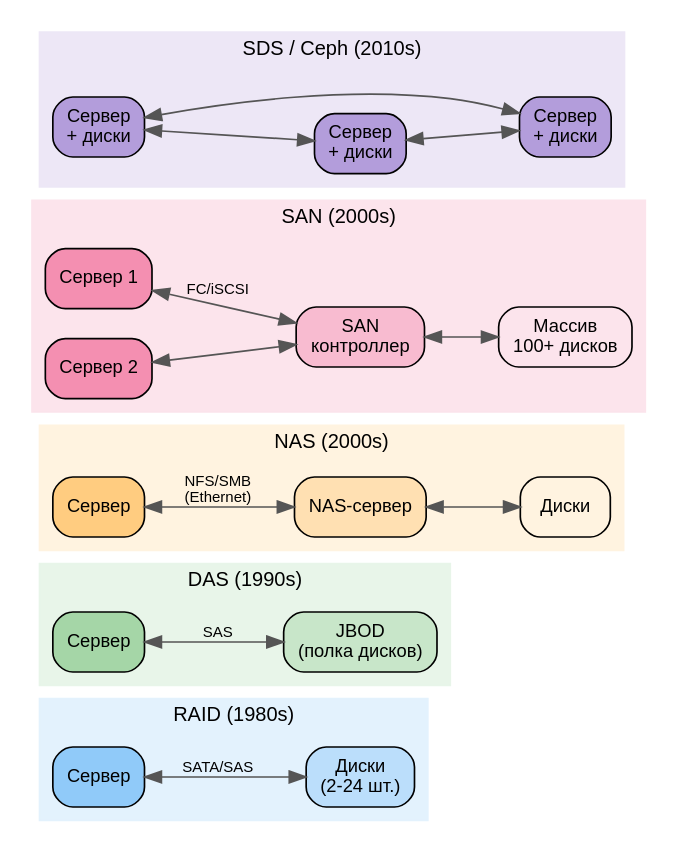
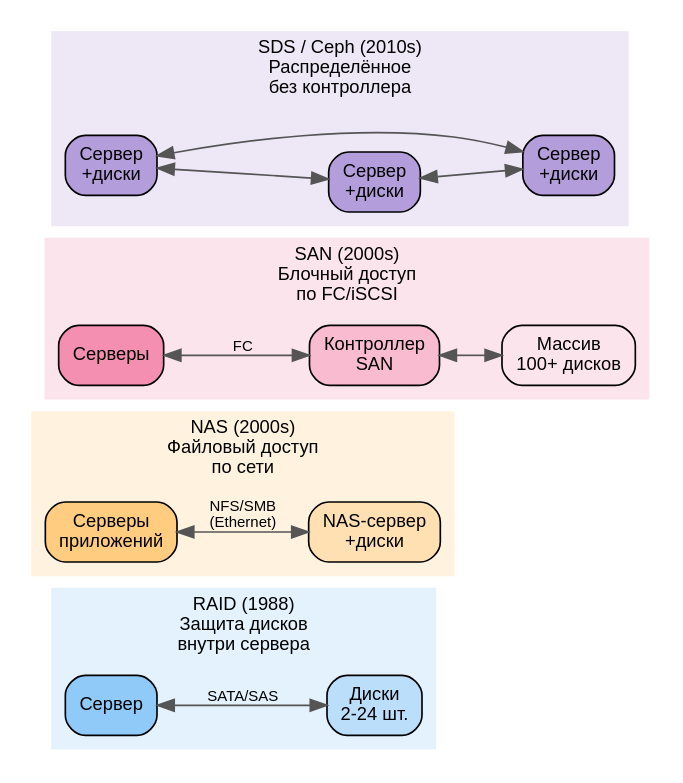
One commit to dedvmedved-dot/ceph-textbook changed the first of 3 diagrams in part-I.md. Above: the diagram before and after it, drawn with Graphviz. The commit also changed other lines of this file, not shown here.

````diff
--- a/part-I.md
+++ b/part-I.md
@@ -130,62 +174,49 @@
 ```dot
 digraph {
     bgcolor=white
     rankdir=LR
     node [fontname="Arial", fontsize=11, fontcolor=black, shape=box, style="filled,rounded"]
     edge [fontname="Arial", fontsize=9, fontcolor=black, color="#555555"]
 
     subgraph cluster_raid {
-        label="RAID (1980s)"
-        fontname="Arial" fontsize=12 fontcolor=black
+        label="RAID (1988)\nЗащита дисков\nвнутри сервера"
+        fontname="Arial" fontsize=11 fontcolor=black
         color="#E3F2FD" style="filled"
         srv [label="Сервер" fillcolor="#90CAF9"]
-        disks [label="Диски\n(2-24 шт.)" fillcolor="#BBDEFB"]
+        disks [label="Диски\n2-24 шт." fillcolor="#BBDEFB"]
         srv -> disks [label="SATA/SAS" dir=both]
     }
 
-    subgraph cluster_das {
-        label="DAS (1990s)"
-        fontname="Arial" fontsize=12 fontcolor=black
-        color="#E8F5E9" style="filled"
-        srv2 [label="Сервер" fillcolor="#A5D6A7"]
-        enclosure [label="JBOD\n(полка дисков)" fillcolor="#C8E6C9"]
-        srv2 -> enclosure [label="SAS" dir=both]
-    }
-
     subgraph cluster_nas {
-        label="NAS (2000s)"
-        fontname="Arial" fontsize=12 fontcolor=black
+        label="NAS (2000s)\nФайловый доступ\nпо сети"
+        fontname="Arial" fontsize=11 fontcolor=black
         color="#FFF3E0" style="filled"
-        srv3 [label="Сервер" fillcolor="#FFCC80"]
-        nas [label="NAS-сервер" fillcolor="#FFE0B2"]
-        nasdisks [label="Диски" fillcolor="#FFF3E0"]
+        srv3 [label="Серверы\nприложений" fillcolor="#FFCC80"]
+        nas [label="NAS-сервер\n+диски" fillcolor="#FFE0B2"]
         srv3 -> nas [label="NFS/SMB\n(Ethernet)" dir=both]
-        nas -> nasdisks [dir=both]
     }
 
     subgraph cluster_san {
-        label="SAN (2000s)"
-        fontname="Arial" fontsize=12 fontcolor=black
+        label="SAN (2000s)\nБлочный доступ\nпо FC/iSCSI"
+        fontname="Arial" fontsize=11 fontcolor=black
         color="#FCE4EC" style="filled"
-        srv4 [label="Сервер 1" fillcolor="#F48FB1"]
-        srv5 [label="Сервер 2" fillcolor="#F48FB1"]
-        san_ctrl [label="SAN\nконтроллер" fillcolor="#F8BBD0"]
+        srv4 [label="Серверы" fillcolor="#F48FB1"]
+        san_ctrl [label="Контроллер\nSAN" fillcolor="#F8BBD0"]
         array [label="Массив\n100+ дисков" fillcolor="#FCE4EC"]
-        srv4 -> san_ctrl [label="FC/iSCSI" dir=both]
-        srv5 -> san_ctrl [dir=both]
+        srv4 -> san_ctrl [label="FC" dir=both]
         san_ctrl -> array [dir=both]
     }
 
     subgraph cluster_sds {
-        label="SDS / Ceph (2010s)"
-        fontname="Arial" fontsize=12 fontcolor=black
+        label="SDS / Ceph (2010s)\nРаспределённое\nбез контроллера"
+        fontname="Arial" fontsize=11 fontcolor=black
         color="#EDE7F6" style="filled"
-        node1 [label="Сервер\n+ диски" fillcolor="#B39DDB"]
-        node2 [label="Сервер\n+ диски" fillcolor="#B39DDB"]
-        node3 [label="Сервер\n+ диски" fillcolor="#B39DDB"]
+        node1 [label="Сервер\n+диски" fillcolor="#B39DDB"]
+        node2 [label="Сервер\n+диски" fillcolor="#B39DDB"]
+        node3 [label="Сервер\n+диски" fillcolor="#B39DDB"]
         node1 -> node2 [dir=both]
         node2 -> node3 [dir=both]
         node3 -> node1 [dir=both]
     }
 }
 ```
````
